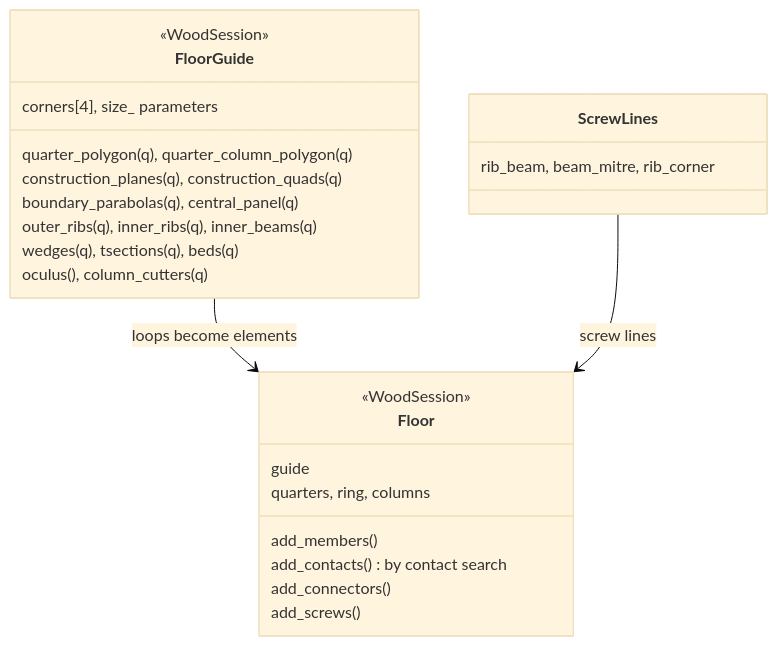
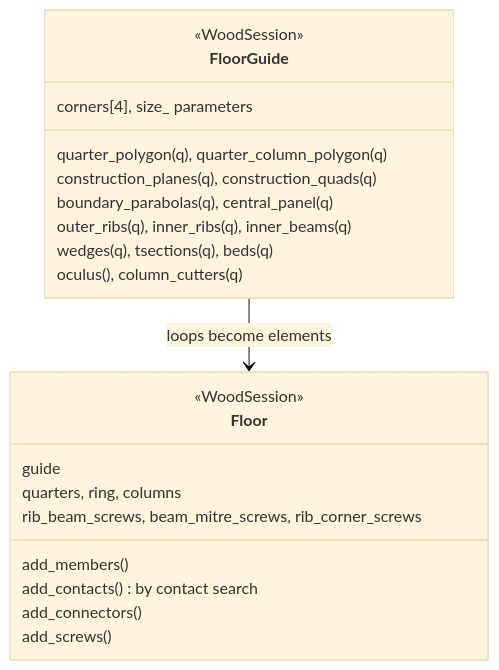
One commit to petrasvestartas/wood changed the diagram in docs/templates/floor.md. Above: the diagram before and after it, drawn with Mermaid (base theme). The commit also changed 5 other files, not shown here.

Commit message:
floor: the screw lines folded into Floor as rib_beam_screws, beam_mitre_screws and rib_corner_screws; ScrewLines removed, SCREW_LENGTH passed to JointBeam::screws

````diff
--- a/docs/templates/floor.md
+++ b/docs/templates/floor.md
@@ -40,28 +40,25 @@
 ```mermaid
 classDiagram
     direction TB
     class FloorGuide {
         <<WoodSession>>
         corners[4], size_ parameters
         quarter_polygon(q), quarter_column_polygon(q)
         construction_planes(q), construction_quads(q)
         boundary_parabolas(q), central_panel(q)
         outer_ribs(q), inner_ribs(q), inner_beams(q)
         wedges(q), tsections(q), beds(q)
         oculus(), column_cutters(q)
     }
     class Floor {
         <<WoodSession>>
         guide
         quarters, ring, columns
         add_members()
         add_contacts() by contact search
         add_connectors()
         add_screws()
-    }
-    class ScrewLines {
-        rib_beam, beam_mitre, rib_corner
+        rib_beam_screws, beam_mitre_screws, rib_corner_screws
     }
     FloorGuide --> Floor : loops become elements
-    ScrewLines --> Floor : screw lines
 ```
````
